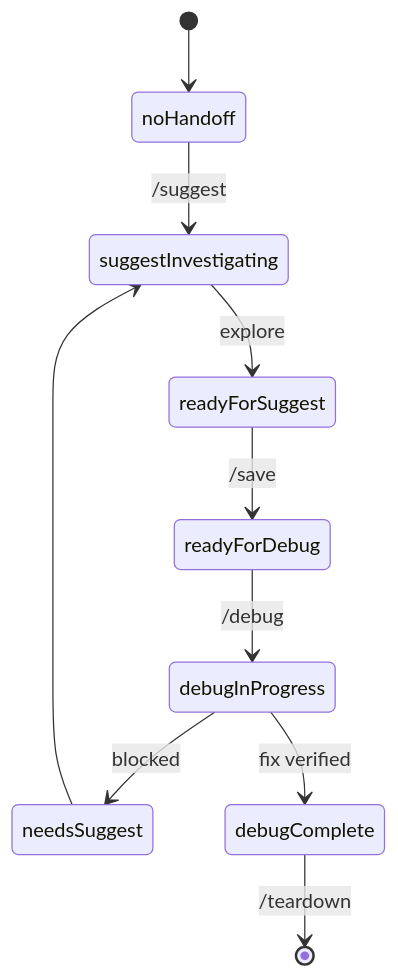
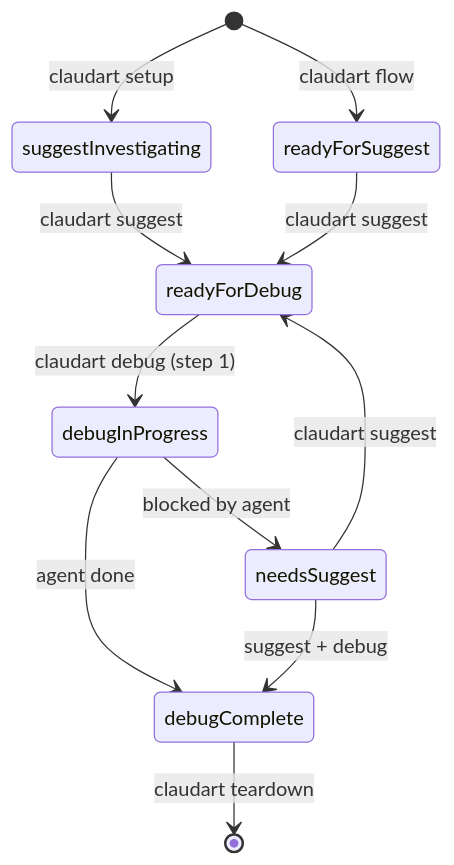
The first of 7 diagrams in README.md (MakerPact/claudart), drawn with Mermaid before and after one commit. The commit also changed other lines of this file, not shown here.

````diff
--- a/README.md
+++ b/README.md
@@ -269,12 +108,13 @@
 ```mermaid
 stateDiagram-v2
-  [*] --> noHandoff
-  noHandoff --> suggestInvestigating: /suggest
-  suggestInvestigating --> readyForSuggest: explore
-  readyForSuggest --> readyForDebug: /save
-  readyForDebug --> debugInProgress: /debug
-  debugInProgress --> needsSuggest: blocked
-  needsSuggest --> suggestInvestigating
-  debugInProgress --> debugComplete: fix verified
-  debugComplete --> [*]: /teardown
+  [*] --> suggestInvestigating: claudart setup
+  [*] --> readyForSuggest: claudart flow
+  suggestInvestigating --> readyForDebug: claudart suggest
+  readyForSuggest --> readyForDebug: claudart suggest
+  needsSuggest --> readyForDebug: claudart suggest
+  readyForDebug --> debugInProgress: claudart debug (step 1)
+  debugInProgress --> needsSuggest: blocked by agent
+  debugInProgress --> debugComplete: agent done
+  needsSuggest --> debugComplete: suggest + debug
+  debugComplete --> [*]: claudart teardown
 ```
````
